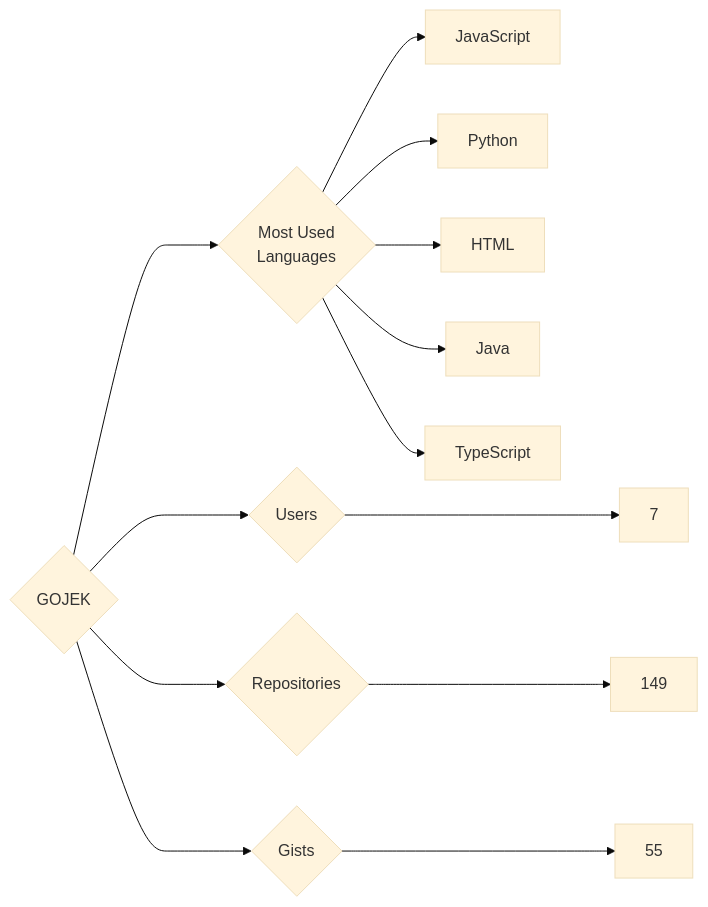
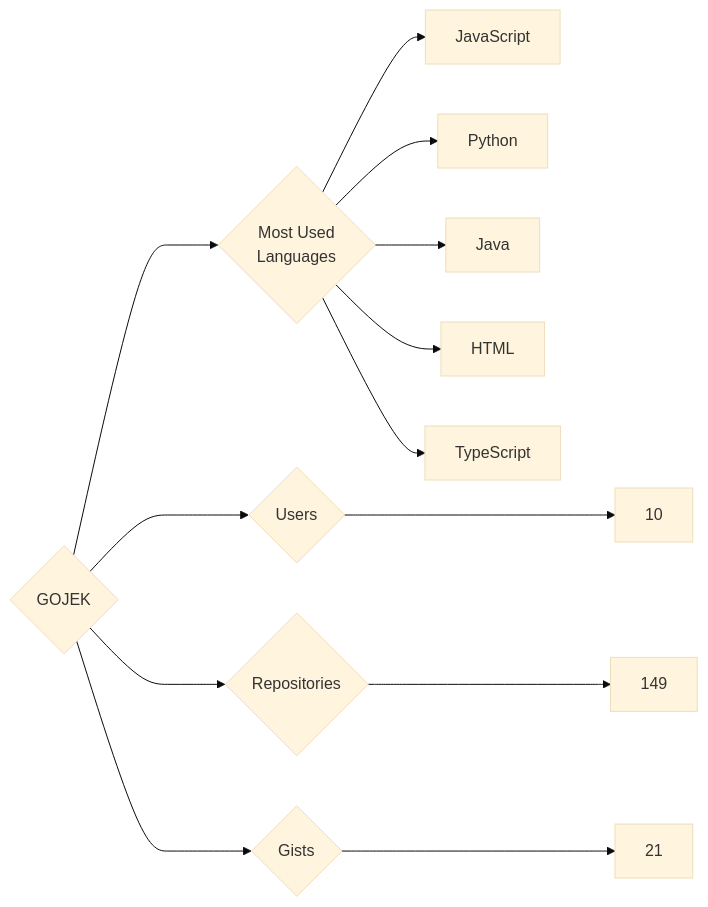
The diagram in targets/GOJEK/README.md (trickest/insiders), drawn with Mermaid (base theme) before and after one commit. The commit also changed 1149 other files, not shown here.

````diff
--- a/targets/GOJEK/README.md
+++ b/targets/GOJEK/README.md
@@ -3,13 +3,13 @@
 ```mermaid
 graph LR
 COMPANY_NAME{GOJEK}
-COMPANY_NAME ---> U{Users} ---> UN[7]
+COMPANY_NAME ---> U{Users} ---> UN[10]
 COMPANY_NAME ---> R{Repositories} ---> RN[149]
-COMPANY_NAME ---> G{Gists} ---> GN[55]
+COMPANY_NAME ---> G{Gists} ---> GN[21]
 COMPANY_NAME ---> ML{Most Used<br>Languages}
 ML --> JavaScript[JavaScript]
 ML --> Python[Python]
+ML --> Java[Java]
 ML --> HTML[HTML]
-ML --> Java[Java]
 ML --> TypeScript[TypeScript]
 ```
````
